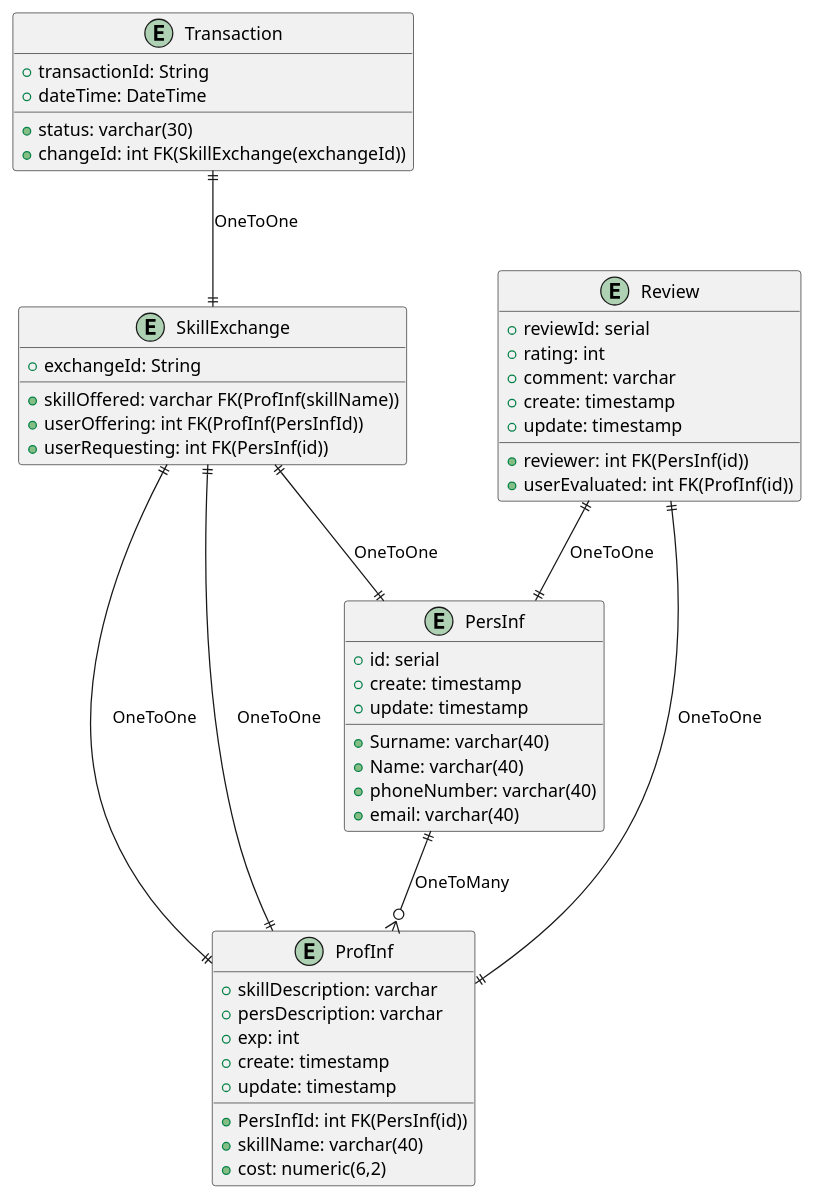
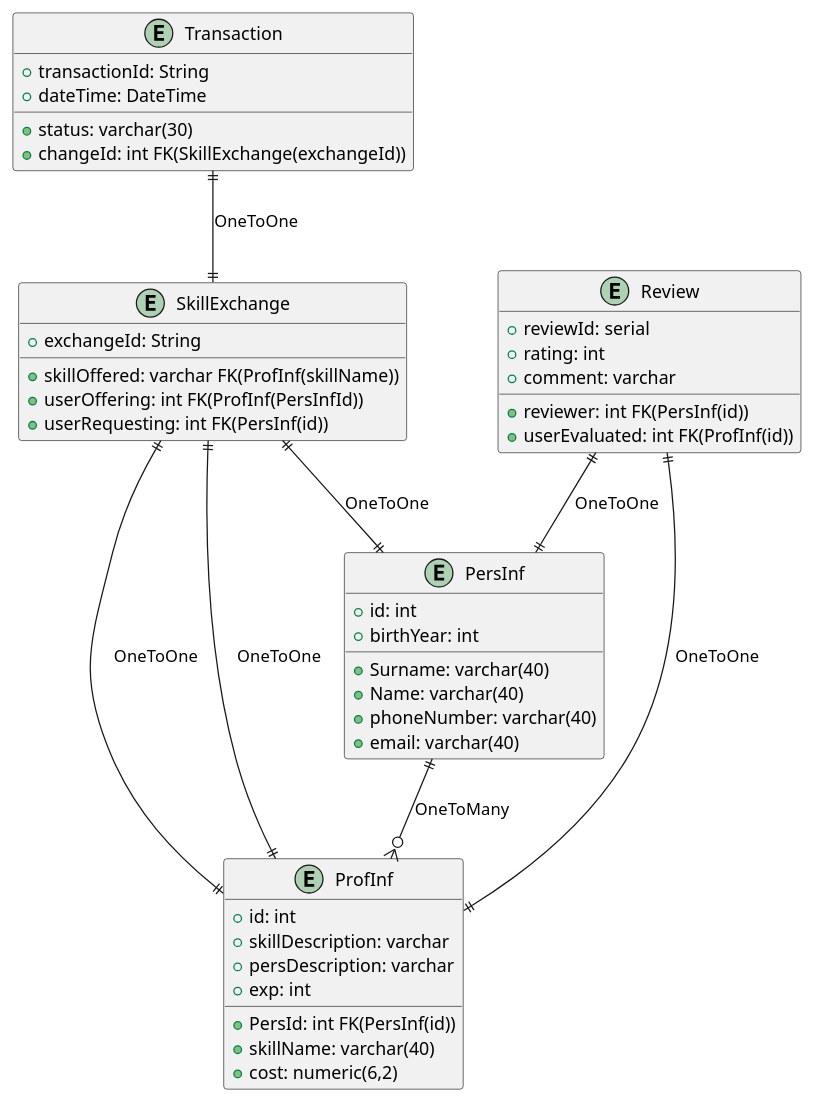
The diagram in src/main/resources/umlDiagrams/ERDDiagramm.puml (Xastt/SkillSwap), drawn with PlantUML before and after one commit. The commit also changed 9 other files, not shown here.

```diff
--- a/src/main/resources/umlDiagrams/ERDDiagramm.puml
+++ b/src/main/resources/umlDiagrams/ERDDiagramm.puml
@@ -1,58 +1,54 @@
 @startuml
 
 entity PersInf {
-    +id: serial
+    +id: int
     +Surname: varchar(40)
     +Name: varchar(40)
+    +birthYear: int
     +phoneNumber: varchar(40)
     +email: varchar(40)
-    +create: timestamp
-    +update: timestamp
 }
 
 entity ProfInf {
-    +PersInfId: int FK(PersInf(id))
+    +id: int
+    +PersId: int FK(PersInf(id))
     +skillName: varchar(40)
     +skillDescription: varchar
     +cost: numeric(6,2)
     +persDescription: varchar
     +exp: int
-    +create: timestamp
-    +update: timestamp
 }
 
 entity SkillExchange{
     +exchangeId: String
     +skillOffered: varchar FK(ProfInf(skillName))
     +userOffering: int FK(ProfInf(PersInfId))
     +userRequesting: int FK(PersInf(id))
 }
 
 entity Review {
     +reviewId: serial
     +rating: int
     +comment: varchar
     +reviewer: int FK(PersInf(id))
     +userEvaluated: int FK(ProfInf(id))
-    +create: timestamp
-    +update: timestamp
 }
 
 entity Transaction {
     +transactionId: String
     +dateTime: DateTime
     +status: varchar(30)
     +changeId: int FK(SkillExchange(exchangeId))
 }
 
 
 
 PersInf ||--o{ ProfInf : "OneToMany"
 SkillExchange ||--|| PersInf : "OneToOne"
 SkillExchange ||--|| ProfInf : "OneToOne"
 SkillExchange ||--|| ProfInf : "OneToOne"
 Review ||--|| ProfInf : "OneToOne"
 Review ||--|| PersInf : "OneToOne"
 Transaction ||--|| SkillExchange : "OneToOne"
 
 @enduml
```
